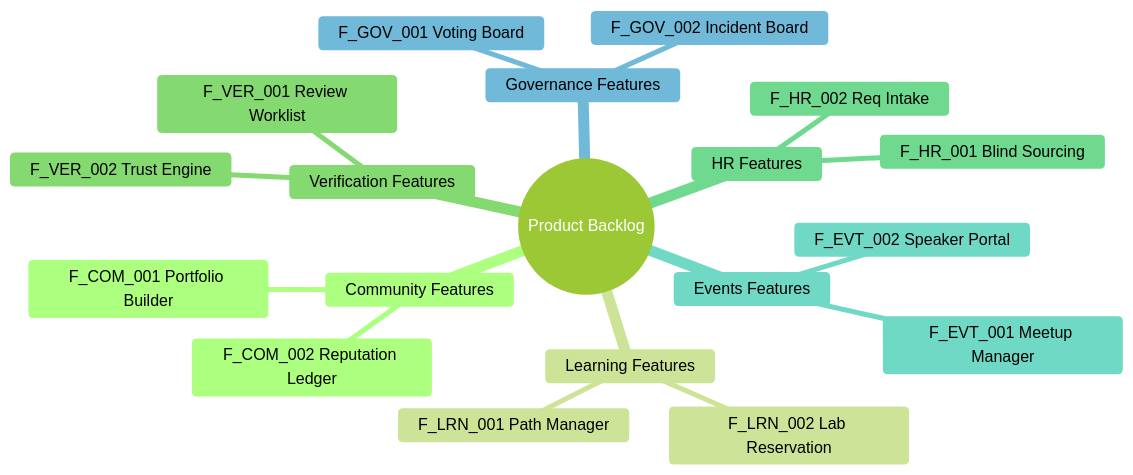
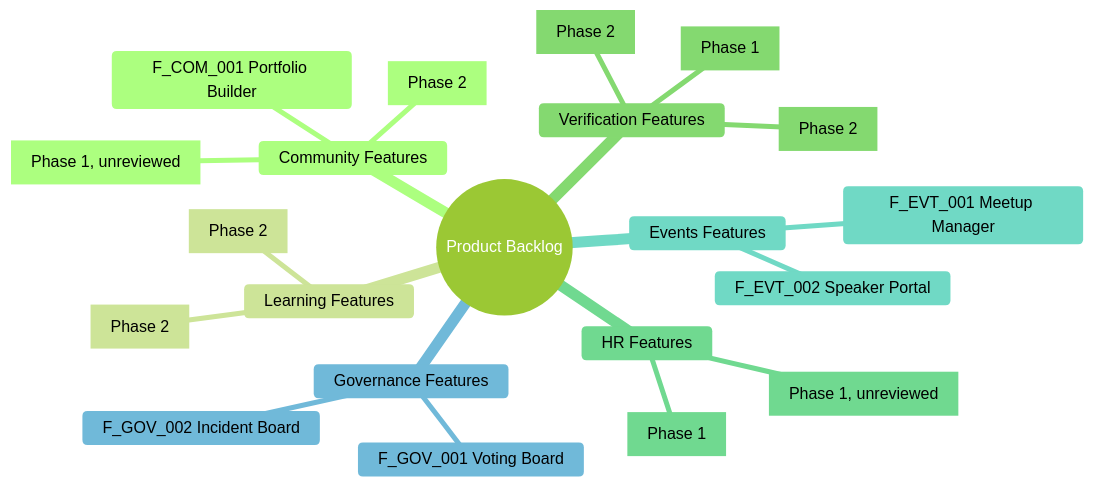
One commit to HackyCoder0951/packetpulse changed the diagram in docs/38_FEATURE_CATALOG.md. Above: the diagram before and after it, drawn with Mermaid (forest theme). The commit also changed other lines of this file and 25 other files, not shown here.

````diff
--- a/docs/38_FEATURE_CATALOG.md
+++ b/docs/38_FEATURE_CATALOG.md
@@ -37,22 +37,24 @@
 ```mermaid
 mindmap
   root((Product Backlog))
     Community Features
       F_COM_001 Portfolio Builder
-      F_COM_002 Reputation Ledger
+      F_COM_002 Reputation Ledger [Phase 2]
+      F_COM_004 Social Feed and Connections [Phase 1, unreviewed]
     Learning Features
-      F_LRN_001 Path Manager
-      F_LRN_002 Lab Reservation
+      F_LRN_001 Path Manager [Phase 2]
+      F_LRN_002 Lab Reservation [Phase 2]
     Verification Features
-      F_VER_001 Review Worklist
-      F_VER_002 Trust Engine
+      F_VER_001 Review Worklist [Phase 2]
+      F_VER_002 Trust Engine [Phase 2]
+      F_VER_003 Endorsement and Review Queue [Phase 1]
     HR Features
-      F_HR_001 Blind Sourcing
-      F_HR_002 Req Intake
+      F_HR_001 Blind Sourcing [Phase 1]
+      F_HR_002 Individual Recruiter and Commission Billing [Phase 1, unreviewed]
     Events Features
       F_EVT_001 Meetup Manager
       F_EVT_002 Speaker Portal
     Governance Features
       F_GOV_001 Voting Board
       F_GOV_002 Incident Board
 ```
````
